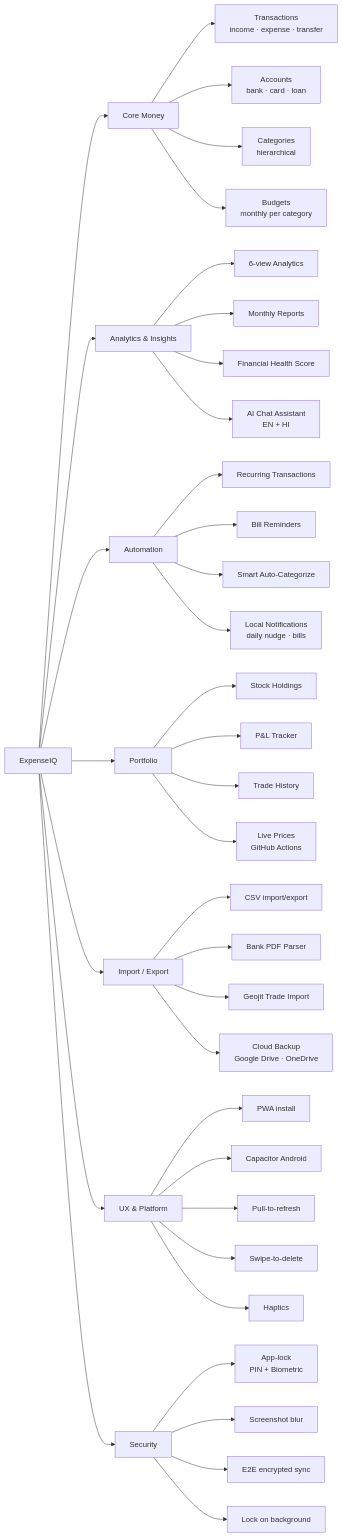
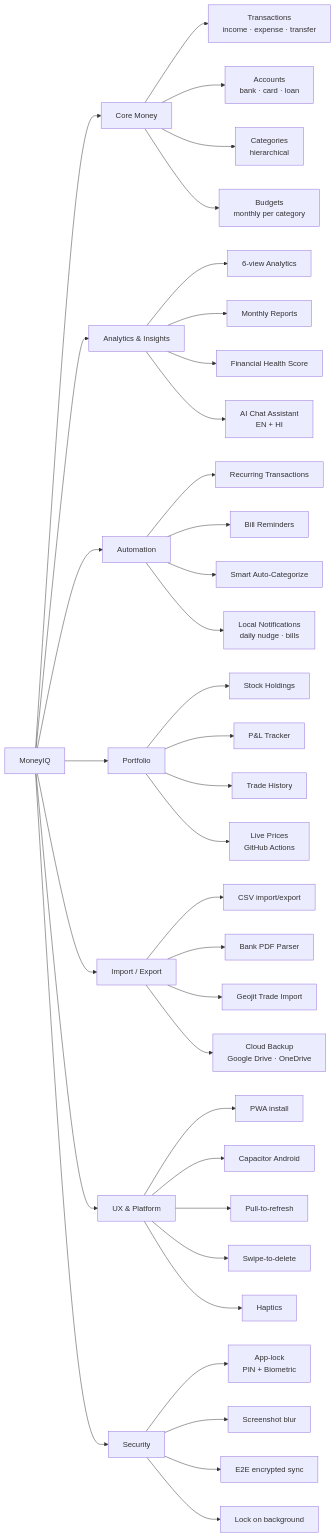
Before and after one commit to vikasreddykamalapuram/expense-manager: the second of 10 diagrams in expense-manager/OVERVIEW.md, drawn with Mermaid. The commit also changed other lines of this file and 46 other files, not shown here.

First line of the commit message:
feat: rebrand ExpenseIQ -> MoneyIQ and finalize applicationId io.github.vikasreddykamalapuram.moneyiq

````diff
--- a/expense-manager/OVERVIEW.md
+++ b/expense-manager/OVERVIEW.md
@@ -68,46 +68,46 @@
 ```mermaid
 flowchart LR
-    A[ExpenseIQ] --> B[Core Money]
+    A[MoneyIQ] --> B[Core Money]
     A --> C[Analytics & Insights]
     A --> D[Automation]
     A --> E[Portfolio]
     A --> F[Import / Export]
     A --> G[UX & Platform]
     A --> H[Security]
 
     B --> B1[Transactions<br/>income · expense · transfer]
     B --> B2[Accounts<br/>bank · card · loan]
     B --> B3[Categories<br/>hierarchical]
     B --> B4[Budgets<br/>monthly per category]
 
     C --> C1[6-view Analytics]
     C --> C2[Monthly Reports]
     C --> C3[Financial Health Score]
     C --> C4[AI Chat Assistant<br/>EN + HI]
 
     D --> D1[Recurring Transactions]
     D --> D2[Bill Reminders]
     D --> D3[Smart Auto-Categorize]
     D --> D4[Local Notifications<br/>daily nudge · bills]
 
     E --> E1[Stock Holdings]
     E --> E2[P&amp;L Tracker]
     E --> E3[Trade History]
     E --> E4[Live Prices<br/>GitHub Actions]
 
     F --> F1[CSV import/export]
     F --> F2[Bank PDF Parser]
     F --> F3[Geojit Trade Import]
     F --> F4[Cloud Backup<br/>Google Drive · OneDrive]
 
     G --> G1[PWA install]
     G --> G2[Capacitor Android]
     G --> G3[Pull-to-refresh]
     G --> G4[Swipe-to-delete]
     G --> G5[Haptics]
 
     H --> H1[App-lock<br/>PIN + Biometric]
     H --> H2[Screenshot blur]
     H --> H3[E2E encrypted sync]
     H --> H4[Lock on background]
 ```
````
